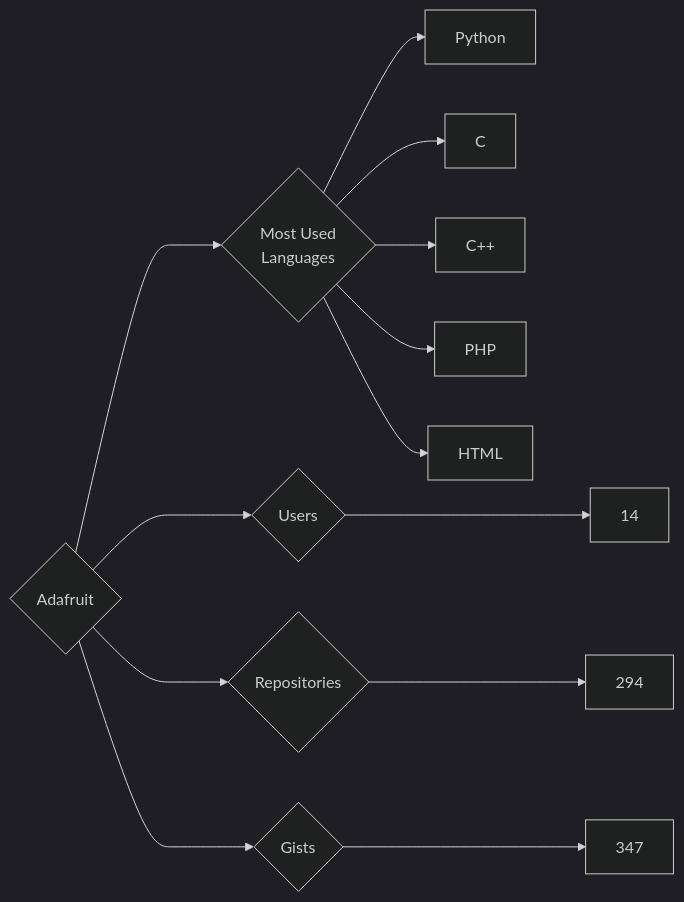
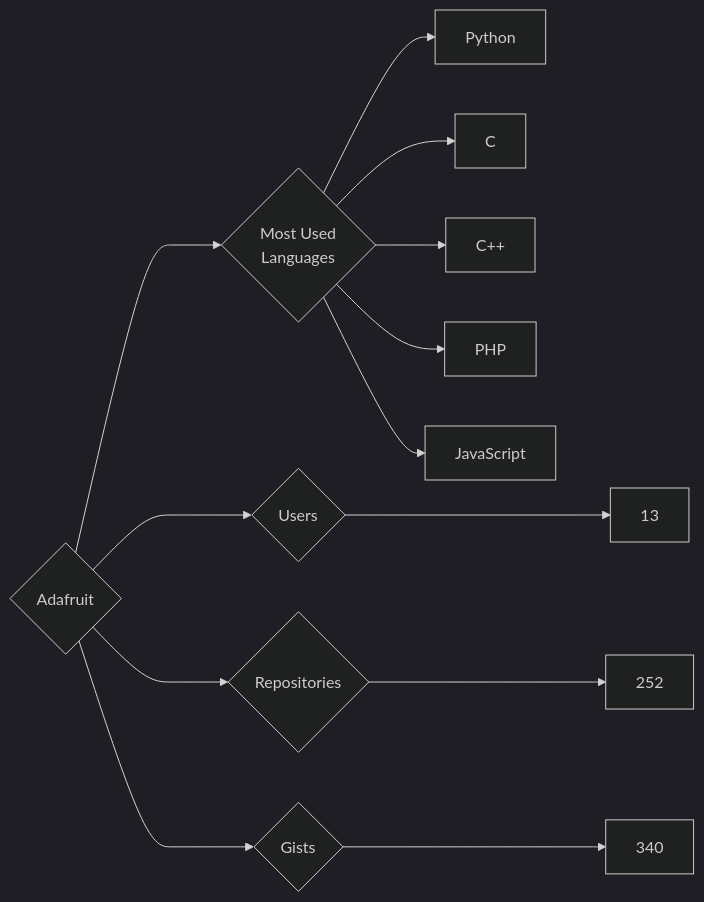
One commit to trickest/insiders changed the diagram in targets/Adafruit/README.md. Above: the diagram before and after it, drawn with Mermaid (dark theme). The commit also changed 681 other files, not shown here.

````diff
--- a/targets/Adafruit/README.md
+++ b/targets/Adafruit/README.md
@@ -3,13 +3,13 @@
 ```mermaid
 graph LR
 COMPANY_NAME{Adafruit}
-COMPANY_NAME ---> U{Users} ---> UN[14]
-COMPANY_NAME ---> R{Repositories} ---> RN[294]
-COMPANY_NAME ---> G{Gists} ---> GN[347]
+COMPANY_NAME ---> U{Users} ---> UN[13]
+COMPANY_NAME ---> R{Repositories} ---> RN[252]
+COMPANY_NAME ---> G{Gists} ---> GN[340]
 COMPANY_NAME ---> ML{Most Used<br>Languages}
 ML --> Python[Python]
 ML --> C[C]
 ML --> C++[C++]
 ML --> PHP[PHP]
-ML --> HTML[HTML]
+ML --> JavaScript[JavaScript]
 ```
````
